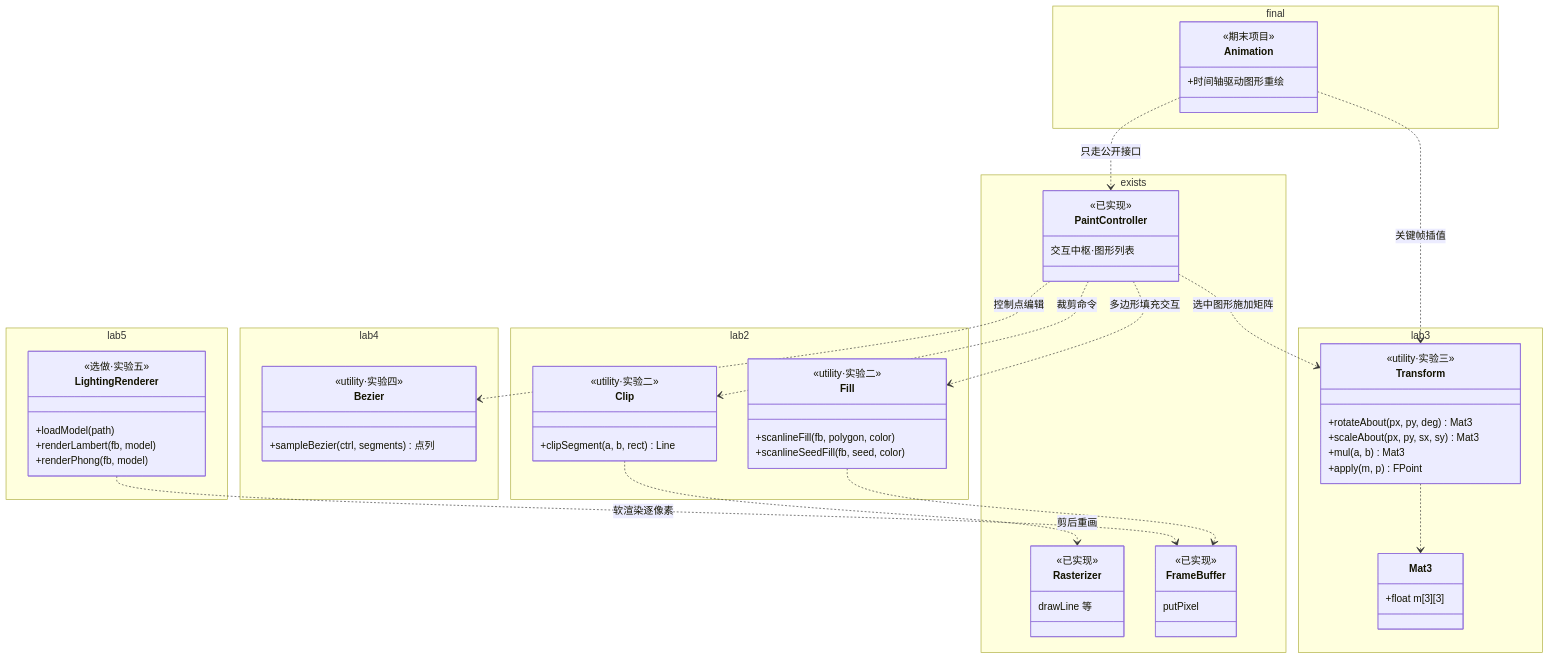
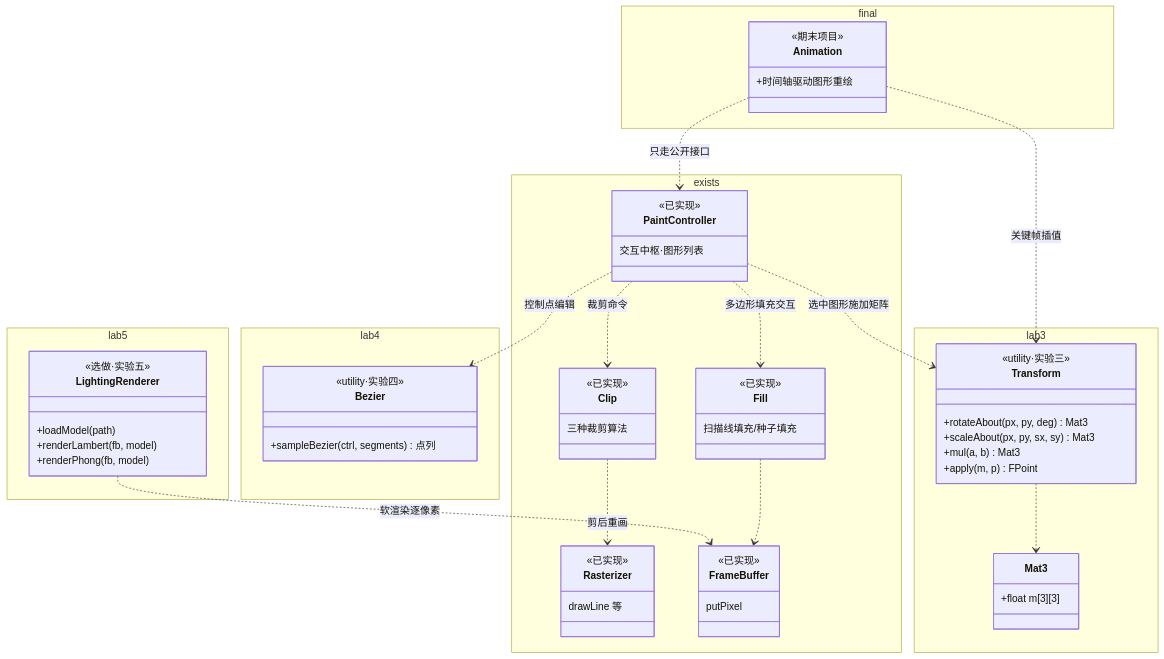
The third of 3 diagrams in docs/架构设计.md (zmdld11/SHU-Computer-Graphics), drawn with Mermaid before and after one commit. The commit also changed other lines of this file and 18 other files, not shown here.

First line of the commit message:
feat: 实验二——二维图形的填充与裁剪（扫描线填充 / 种子填充 / 线段裁剪） (#28)

````diff
--- a/docs/架构设计.md
+++ b/docs/架构设计.md
@@ -147,78 +195,74 @@
 ```mermaid
 classDiagram
     direction TB
 
     namespace exists {
         class PaintController {
             <<已实现>>
             交互中枢·图形列表
         }
         class Rasterizer {
             <<已实现>>
             drawLine 等
         }
+        class Fill {
+            <<已实现>>
+            扫描线填充/种子填充
+        }
+        class Clip {
+            <<已实现>>
+            三种裁剪算法
+        }
         class FrameBuffer {
             <<已实现>>
             putPixel
-        }
-    }
-
-    namespace lab2 {
-        class Fill {
-            <<utility·实验二>>
-            +scanlineFill(fb, polygon, color)
-            +scanlineSeedFill(fb, seed, color)
-        }
-        class Clip {
-            <<utility·实验二>>
-            +clipSegment(a, b, rect) Line
         }
     }
 
     namespace lab3 {
         class Mat3 {
             +float m[3][3]
         }
         class Transform {
             <<utility·实验三>>
             +rotateAbout(px, py, deg) Mat3
             +scaleAbout(px, py, sx, sy) Mat3
             +mul(a, b) Mat3
             +apply(m, p) FPoint
         }
     }
 
     namespace lab4 {
         class Bezier {
             <<utility·实验四>>
             +sampleBezier(ctrl, segments) 点列
         }
     }
 
     namespace lab5 {
         class LightingRenderer {
             <<选做·实验五>>
             +loadModel(path)
             +renderLambert(fb, model)
             +renderPhong(fb, model)
         }
     }
 
     namespace final {
         class Animation {
             <<期末项目>>
             +时间轴驱动图形重绘
         }
     }
 
     PaintController ..> Fill : 多边形填充交互
     PaintController ..> Clip : 裁剪命令
     Fill ..> FrameBuffer
     Clip ..> Rasterizer : 剪后重画
     PaintController ..> Transform : 选中图形施加矩阵
     Transform ..> Mat3
     PaintController ..> Bezier : 控制点编辑
     LightingRenderer ..> FrameBuffer : 软渲染逐像素
     Animation ..> PaintController : 只走公开接口
     Animation ..> Transform : 关键帧插值
 ```
````
